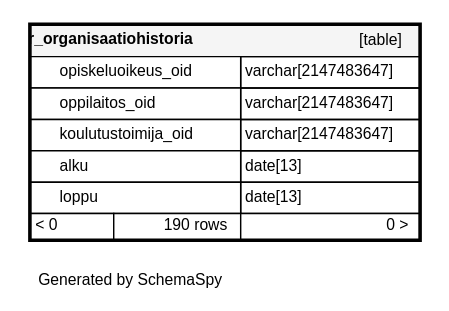
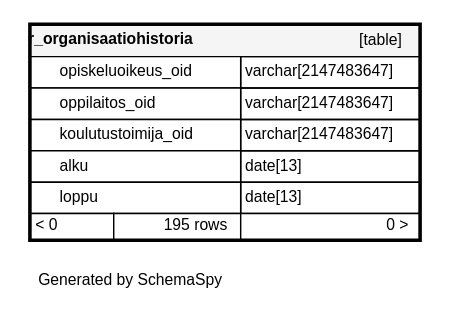
One commit to Opetushallitus/koski changed the diagram in documentation/tietokantaskeemat/koski-raportointikanta/diagrams/tables/r_organisaatiohistoria.1degree.dot. Above: the diagram before and after it, drawn with Graphviz. The commit also changed 181 other files, not shown here.

```diff
--- a/documentation/tietokantaskeemat/koski-raportointikanta/diagrams/tables/r_organisaatiohistoria.1degree.dot
+++ b/documentation/tietokantaskeemat/koski-raportointikanta/diagrams/tables/r_organisaatiohistoria.1degree.dot
@@ -1,18 +1,18 @@
 digraph "oneDegreeRelationshipsDiagram" {
   graph [    rankdir="RL"    bgcolor="#ffffff"    label="\nGenerated by SchemaSpy"    labeljust="l"    nodesep="0.18"    ranksep="0.46"    fontname="Helvetica"    fontsize="11"    ration="compress"  ];  node [    fontname="Helvetica"    fontsize="11"    shape="plaintext"  ];  edge [    arrowsize="0.8"  ];
   "r_organisaatiohistoria" [
    label=<
     <TABLE BORDER="2" CELLBORDER="1" CELLSPACING="0" BGCOLOR="#ffffff">
       <TR><TD COLSPAN="4"  BGCOLOR="#f5f5f5"><TABLE BORDER="0" CELLSPACING="0"><TR><TD ALIGN="LEFT" FIXEDSIZE="TRUE" WIDTH="126" HEIGHT="16"><B>r_organisaatiohistoria</B></TD><TD ALIGN="RIGHT">[table]</TD></TR></TABLE></TD></TR>
       <TR><TD PORT="opiskeluoikeus_oid" COLSPAN="2" BGCOLOR="#ffffff" ALIGN="LEFT"><TABLE BORDER="0" CELLSPACING="0" ALIGN="LEFT"><TR ALIGN="LEFT"><TD ALIGN="LEFT" FIXEDSIZE="TRUE" WIDTH="15" HEIGHT="16"></TD><TD ALIGN="LEFT" FIXEDSIZE="TRUE" WIDTH="126" HEIGHT="16">opiskeluoikeus_oid</TD></TR></TABLE></TD><TD PORT="opiskeluoikeus_oid.type" ALIGN="LEFT">varchar[2147483647]</TD></TR>
       <TR><TD PORT="oppilaitos_oid" COLSPAN="2" BGCOLOR="#ffffff" ALIGN="LEFT"><TABLE BORDER="0" CELLSPACING="0" ALIGN="LEFT"><TR ALIGN="LEFT"><TD ALIGN="LEFT" FIXEDSIZE="TRUE" WIDTH="15" HEIGHT="16"></TD><TD ALIGN="LEFT" FIXEDSIZE="TRUE" WIDTH="126" HEIGHT="16">oppilaitos_oid</TD></TR></TABLE></TD><TD PORT="oppilaitos_oid.type" ALIGN="LEFT">varchar[2147483647]</TD></TR>
       <TR><TD PORT="koulutustoimija_oid" COLSPAN="2" BGCOLOR="#ffffff" ALIGN="LEFT"><TABLE BORDER="0" CELLSPACING="0" ALIGN="LEFT"><TR ALIGN="LEFT"><TD ALIGN="LEFT" FIXEDSIZE="TRUE" WIDTH="15" HEIGHT="16"></TD><TD ALIGN="LEFT" FIXEDSIZE="TRUE" WIDTH="126" HEIGHT="16">koulutustoimija_oid</TD></TR></TABLE></TD><TD PORT="koulutustoimija_oid.type" ALIGN="LEFT">varchar[2147483647]</TD></TR>
       <TR><TD PORT="alku" COLSPAN="2" BGCOLOR="#ffffff" ALIGN="LEFT"><TABLE BORDER="0" CELLSPACING="0" ALIGN="LEFT"><TR ALIGN="LEFT"><TD ALIGN="LEFT" FIXEDSIZE="TRUE" WIDTH="15" HEIGHT="16"></TD><TD ALIGN="LEFT" FIXEDSIZE="TRUE" WIDTH="126" HEIGHT="16">alku</TD></TR></TABLE></TD><TD PORT="alku.type" ALIGN="LEFT">date[13]</TD></TR>
       <TR><TD PORT="loppu" COLSPAN="2" BGCOLOR="#ffffff" ALIGN="LEFT"><TABLE BORDER="0" CELLSPACING="0" ALIGN="LEFT"><TR ALIGN="LEFT"><TD ALIGN="LEFT" FIXEDSIZE="TRUE" WIDTH="15" HEIGHT="16"></TD><TD ALIGN="LEFT" FIXEDSIZE="TRUE" WIDTH="126" HEIGHT="16">loppu</TD></TR></TABLE></TD><TD PORT="loppu.type" ALIGN="LEFT">date[13]</TD></TR>
-      <TR><TD ALIGN="LEFT" BGCOLOR="#ffffff">&lt; 0</TD><TD ALIGN="RIGHT" BGCOLOR="#ffffff">190 rows</TD><TD ALIGN="RIGHT" BGCOLOR="#ffffff">0 &gt;</TD></TR>
+      <TR><TD ALIGN="LEFT" BGCOLOR="#ffffff">&lt; 0</TD><TD ALIGN="RIGHT" BGCOLOR="#ffffff">195 rows</TD><TD ALIGN="RIGHT" BGCOLOR="#ffffff">0 &gt;</TD></TR>
     </TABLE>>
     URL="../../tables/r_organisaatiohistoria.html"
     target="_top"
     tooltip="r_organisaatiohistoria"
   ];
 }
```
